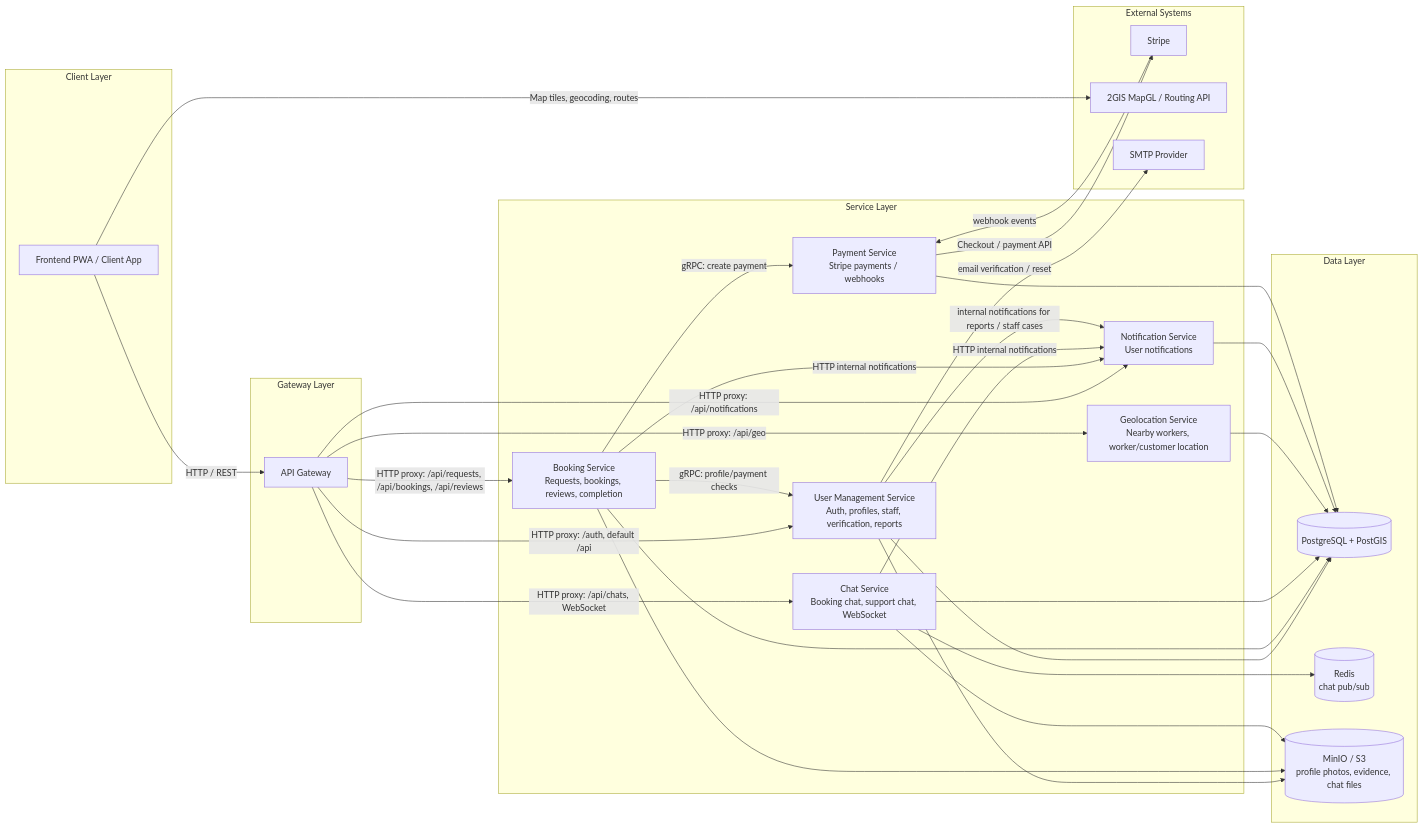
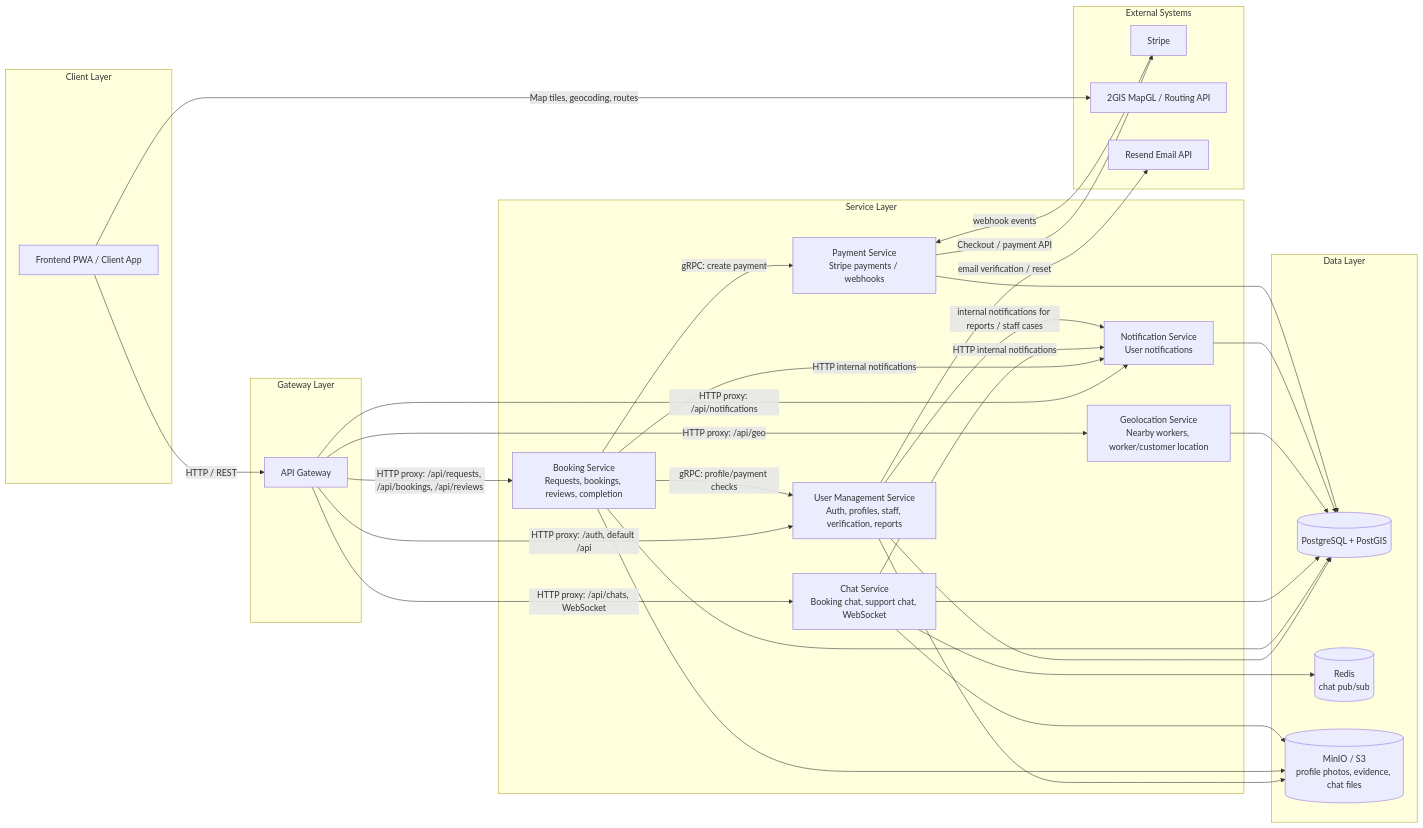
Before and after one commit to MadK132/Workers-Marketplace-Platform: the diagram in README.md, drawn with Mermaid. The commit also changed 10 other files, not shown here.

Commit message:
(email+ui): Adding external email provider(Resend); ui quick fix

````diff
--- a/README.md
+++ b/README.md
@@ -5,64 +5,64 @@
 ```mermaid
 flowchart LR
   %% Layers
   subgraph Client["Client Layer"]
     FE["Frontend PWA / Client App"]
   end
 
   subgraph Gateway["Gateway Layer"]
     GW["API Gateway"]
   end
 
   subgraph Services["Service Layer"]
     USER["User Management Service\nAuth, profiles, staff, verification, reports"]
     BOOK["Booking Service\nRequests, bookings, reviews, completion"]
     CHAT["Chat Service\nBooking chat, support chat, WebSocket"]
     GEO["Geolocation Service\nNearby workers, worker/customer location"]
     NOTIF["Notification Service\nUser notifications"]
     PAY["Payment Service\nStripe payments / webhooks"]
   end
 
   subgraph Data["Data Layer"]
     PG[("PostgreSQL + PostGIS")]
     REDIS[("Redis\nchat pub/sub")]
     S3[("MinIO / S3\nprofile photos, evidence, chat files")]
   end
 
   subgraph External["External Systems"]
     STRIPE["Stripe"]
     GIS["2GIS MapGL / Routing API"]
-    SMTP["SMTP Provider"]
+    RESEND["Resend Email API"]
   end
 
   FE -->|"HTTP / REST"| GW
   FE -->|"Map tiles, geocoding, routes"| GIS
 
   GW -->|"HTTP proxy: /auth, default /api"| USER
   GW -->|"HTTP proxy: /api/requests, /api/bookings, /api/reviews"| BOOK
   GW -->|"HTTP proxy: /api/chats, WebSocket"| CHAT
   GW -->|"HTTP proxy: /api/geo"| GEO
   GW -->|"HTTP proxy: /api/notifications"| NOTIF
 
   BOOK -->|"gRPC: profile/payment checks"| USER
   BOOK -->|"gRPC: create payment"| PAY
   BOOK -->|"HTTP internal notifications"| NOTIF
   CHAT -->|"HTTP internal notifications"| NOTIF
   USER -->|"internal notifications for reports / staff cases"| NOTIF
 
   PAY -->|"Checkout / payment API"| STRIPE
   STRIPE -->|"webhook events"| PAY
-  USER -->|"email verification / reset"| SMTP
+  USER -->|"email verification / reset"| RESEND
 
   USER --> PG
   BOOK --> PG
   CHAT --> PG
   GEO --> PG
   NOTIF --> PG
   PAY --> PG
 
   CHAT --> REDIS
 
   USER --> S3
   BOOK --> S3
   CHAT --> S3
 ```
````
